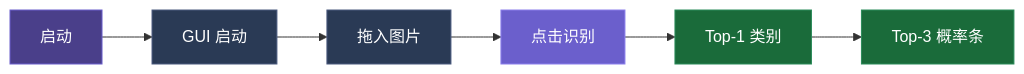
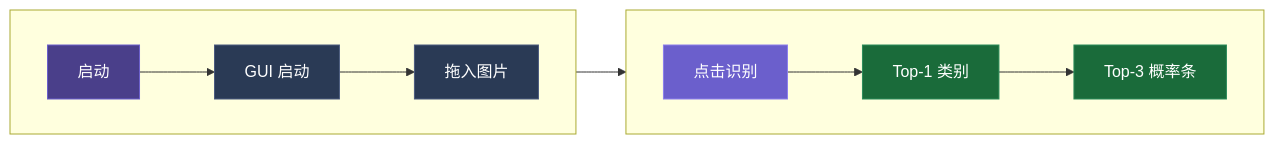
Before and after one commit to AnieerLhayK/cppCNN_vibecoding: the diagram in docs/presentation/slidev/slides.md, drawn with Mermaid. The commit also changed other lines of this file, not shown here.

Commit message:
@fix: split flowchart into two rows via Mermaid subgraphs
- Use flowchart LR with subgraphs to force 2 rows of 3 nodes
- Hide subgraph borders via CSS (.cluster rect / .cluster-label)
- 6 nodes arranged as: row1 [启动 → GUI → 拖入], row2 [识别 → Top-1 → Top-3]

````diff
--- a/docs/presentation/slidev/slides.md
+++ b/docs/presentation/slidev/slides.md
@@ -79,15 +79,19 @@
 ```mermaid
 %%{init: {'flowchart': {'useMaxWidth': false}}}%%
-graph LR
-  A[启动] --> B[GUI 启动]
-  B --> C[拖入图片]
-  C --> D[点击识别]
-  D --> E[Top-1 类别]
-  E --> F[Top-3 概率条]
+flowchart LR
+  subgraph row1[" "]
+    direction LR
+    A[启动] --> B[GUI 启动] --> C[拖入图片]
+  end
+  subgraph row2[" "]
+    direction LR
+    D[点击识别] --> E[Top-1 类别] --> F[Top-3 概率条]
+  end
+  C --> D
   style A fill:#4a3f8a,stroke:#6b5fcc,color:#fff
   style B fill:#2a3a55,stroke:#4a5a7f,color:#fff
   style C fill:#2a3a55,stroke:#4a5a7f,color:#fff
   style D fill:#6b5fcc,stroke:#8b7fec,color:#fff
   style E fill:#1a6b3a,stroke:#2a8b5a,color:#fff
   style F fill:#1a6b3a,stroke:#2a8b5a,color:#fff
 ```
````
